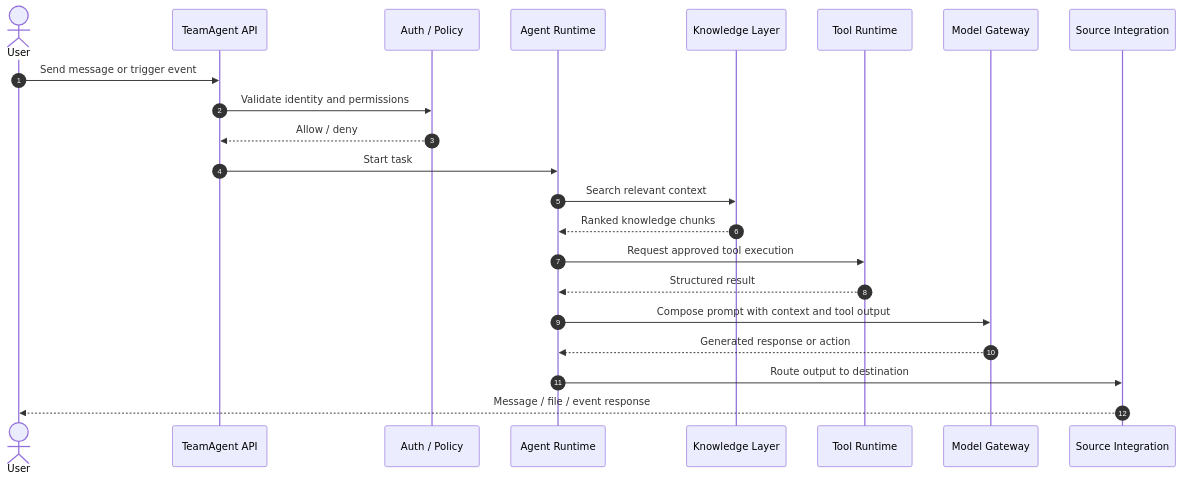
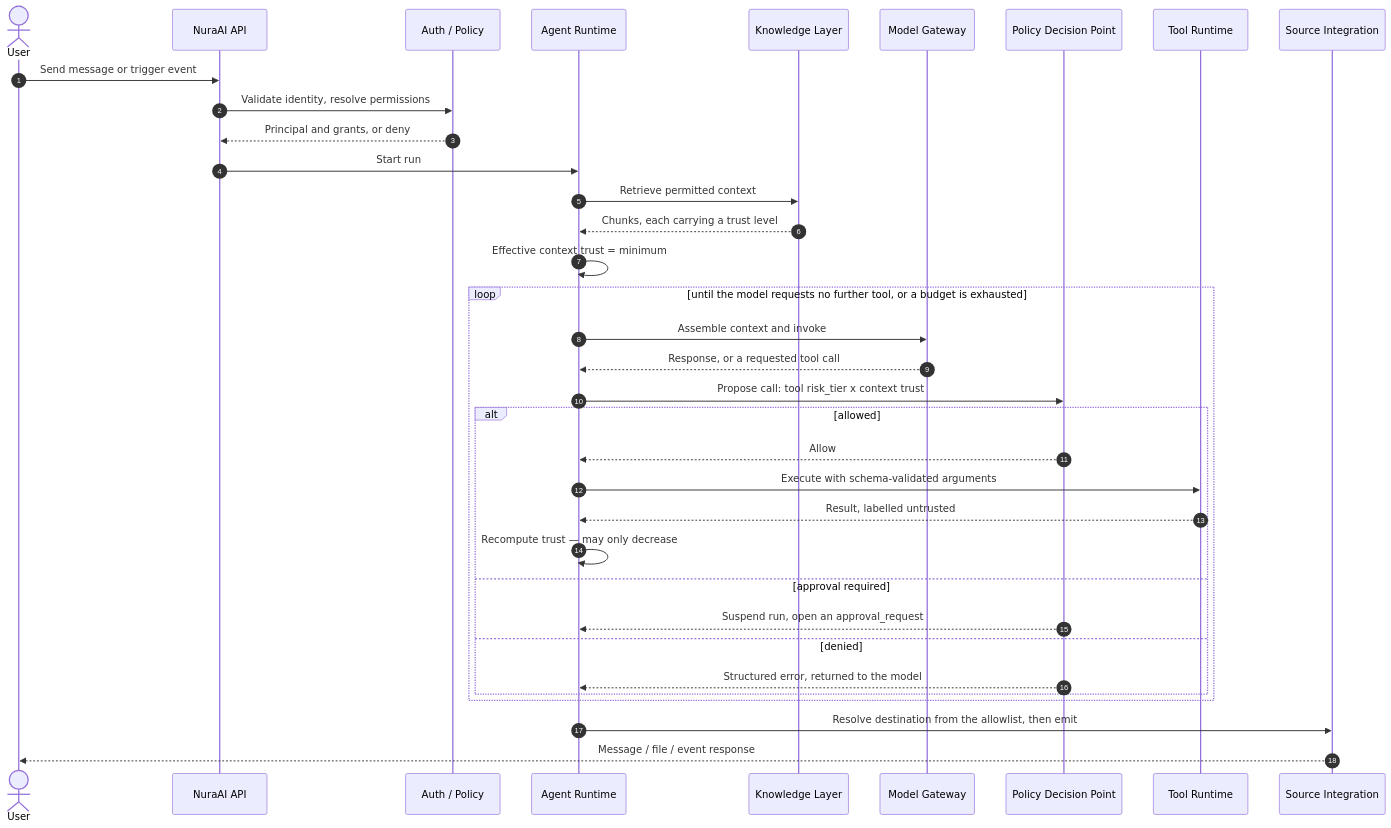
The first of 2 diagrams in docs/11-runtime.md (GreatRedem/TeamAgent), drawn with Mermaid before and after one commit. The commit also changed other lines of this file and 23 other files, not shown here.

Commit message:
docs: rename to NuraAI, drop SQLite, fill API gaps

````diff
--- a/docs/11-runtime.md
+++ b/docs/11-runtime.md
@@ -7,25 +7,40 @@
 ```mermaid
 sequenceDiagram
     autonumber
     actor User
-    participant API as TeamAgent API
+    participant API as NuraAI API
     participant Auth as Auth / Policy
     participant Agent as Agent Runtime
     participant Know as Knowledge Layer
+    participant Model as Model Gateway
+    participant PDP as Policy Decision Point
     participant Tool as Tool Runtime
-    participant Model as Model Gateway
     participant Source as Source Integration
 
     User->>API: Send message or trigger event
-    API->>Auth: Validate identity and permissions
-    Auth-->>API: Allow / deny
-    API->>Agent: Start task
-    Agent->>Know: Search relevant context
-    Know-->>Agent: Ranked knowledge chunks
-    Agent->>Tool: Request approved tool execution
-    Tool-->>Agent: Structured result
-    Agent->>Model: Compose prompt with context and tool output
-    Model-->>Agent: Generated response or action
-    Agent->>Source: Route output to destination
+    API->>Auth: Validate identity, resolve permissions
+    Auth-->>API: Principal and grants, or deny
+    API->>Agent: Start run
+    Agent->>Know: Retrieve permitted context
+    Know-->>Agent: Chunks, each carrying a trust level
+    Agent->>Agent: Effective context trust = minimum
+
+    loop until the model requests no further tool, or a budget is exhausted
+        Agent->>Model: Assemble context and invoke
+        Model-->>Agent: Response, or a requested tool call
+        Agent->>PDP: Propose call: tool risk_tier x context trust
+        alt allowed
+            PDP-->>Agent: Allow
+            Agent->>Tool: Execute with schema-validated arguments
+            Tool-->>Agent: Result, labelled untrusted
+            Agent->>Agent: Recompute trust — may only decrease
+        else approval required
+            PDP-->>Agent: Suspend run, open an approval_request
+        else denied
+            PDP-->>Agent: Structured error, returned to the model
+        end
+    end
+
+    Agent->>Source: Resolve destination from the allowlist, then emit
     Source-->>User: Message / file / event response
 ```
````
